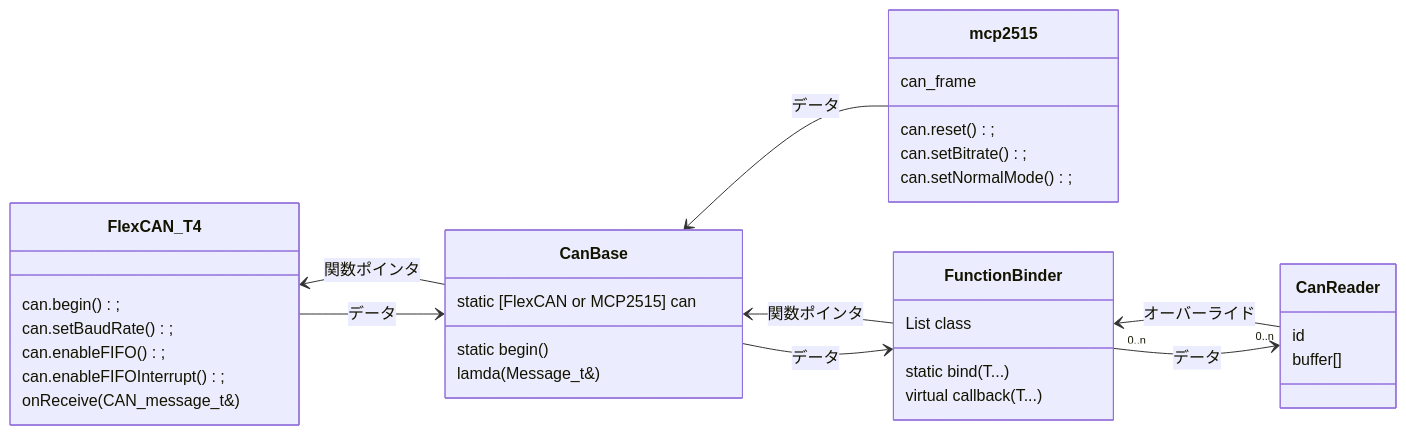
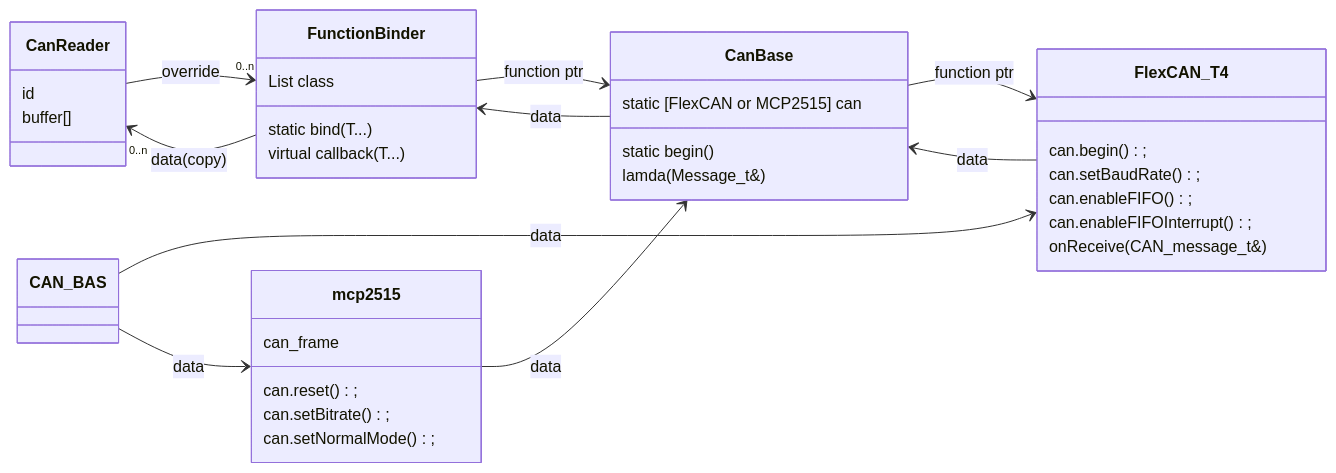
One commit to udonrobo/UdonLibrary changed the diagram in com/can/CanReader/README.md. Above: the diagram before and after it, drawn with Mermaid. The commit also changed other lines of this file and 1 other file, not shown here.

````diff
--- a/com/can/CanReader/README.md
+++ b/com/can/CanReader/README.md
@@ -103,46 +119,49 @@
 ```mermaid
 classDiagram
-  direction RL
+  direction LR
 
   class CanReader {
     id
     buffer[]
   }
 
   class CanBase {
     static [FlexCAN or MCP2515] can
     static begin()
     lamda(Message_t&)
   }
 
   class mcp2515 {
     can_frame
     can.reset();
     can.setBitrate();
     can.setNormalMode();
   }
   class FlexCAN_T4 {
     can.begin();
     can.setBaudRate();
     can.enableFIFO();
     can.enableFIFOInterrupt();
     onReceive(CAN_message_t&)
   }
 
   class FunctionBinder {
     List class
     static bind(T...)
     virtual callback(T...)
   }
 
-	FlexCAN_T4 --> CanBase : データ
-	CanBase --> FlexCAN_T4 : 関数ポインタ
+	FlexCAN_T4 --> CanBase : data
+	CanBase --> FlexCAN_T4 : function ptr
 
-	mcp2515 --> CanBase : データ
+	mcp2515 --> CanBase : data
 
-	CanBase --> FunctionBinder : データ
-	FunctionBinder --> CanBase : 関数ポインタ
+	CanBase --> FunctionBinder : data
+	FunctionBinder --> CanBase : function ptr
 
-	FunctionBinder --> "0..n" CanReader : データ
-	CanReader --> "0..n" FunctionBinder : オーバーライド
+	FunctionBinder --> "0..n" CanReader : data(copy)
+	CanReader --> "0..n" FunctionBinder : override
+
+  CAN_BAS --> FlexCAN_T4 : data
+  CAN_BAS --> mcp2515    : data
 ```
````
